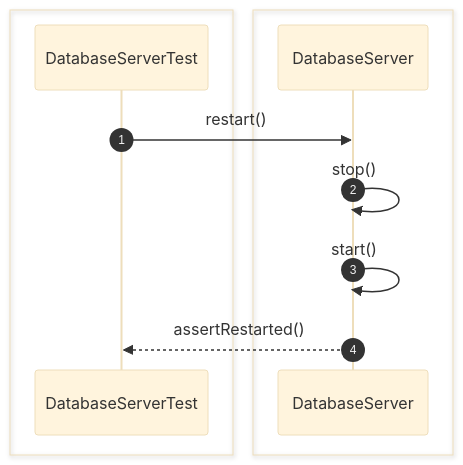
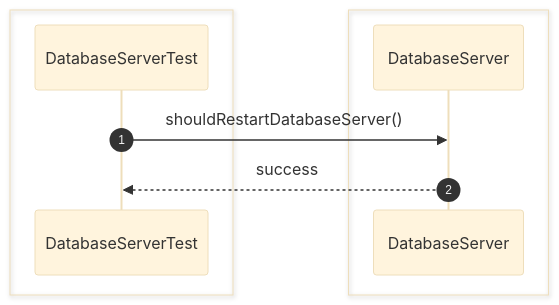
Before and after one commit to Huy1801214/dbms-architecture: the third of 44 diagrams in src/sequence/db-server.md, drawn with Mermaid (base theme). The commit also changed other lines of this file and 68 other files, not shown here.

Commit message:
implement comprehensive unit test suite and architectural sequence documentation

````diff
--- a/src/sequence/db-server.md
+++ b/src/sequence/db-server.md
@@ -42,16 +36,13 @@
 ```mermaid
 sequenceDiagram
     autonumber
-
     box #e1f5fe Test Suite
     participant Test as DatabaseServerTest
     end
-    box #e3f2fd Server Managers
-    participant Server as DatabaseServer
+    box #e3f2fd DatabaseServer Component
+    participant DS as DatabaseServer
     end
 
-    Test->>Server: restart()
-    Server->>Server: stop()
-    Server->>Server: start()
-    Server-->>Test: assertRestarted()
+    Test->>DS: shouldRestartDatabaseServer()
+    DS-->>Test: success
 ```
````
